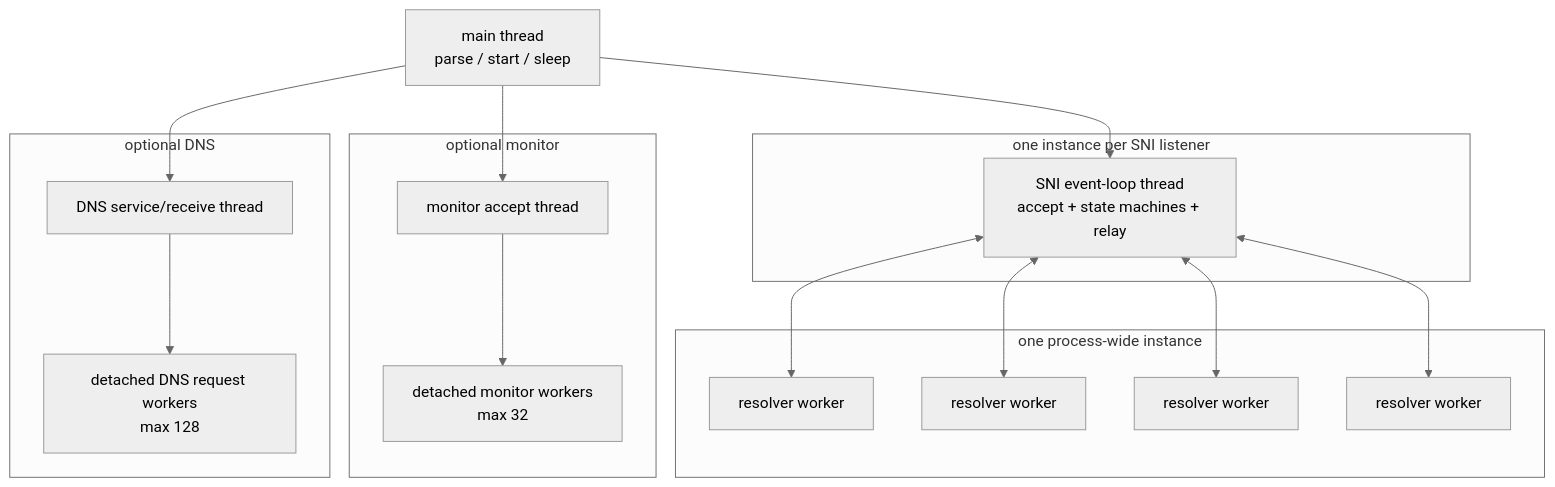
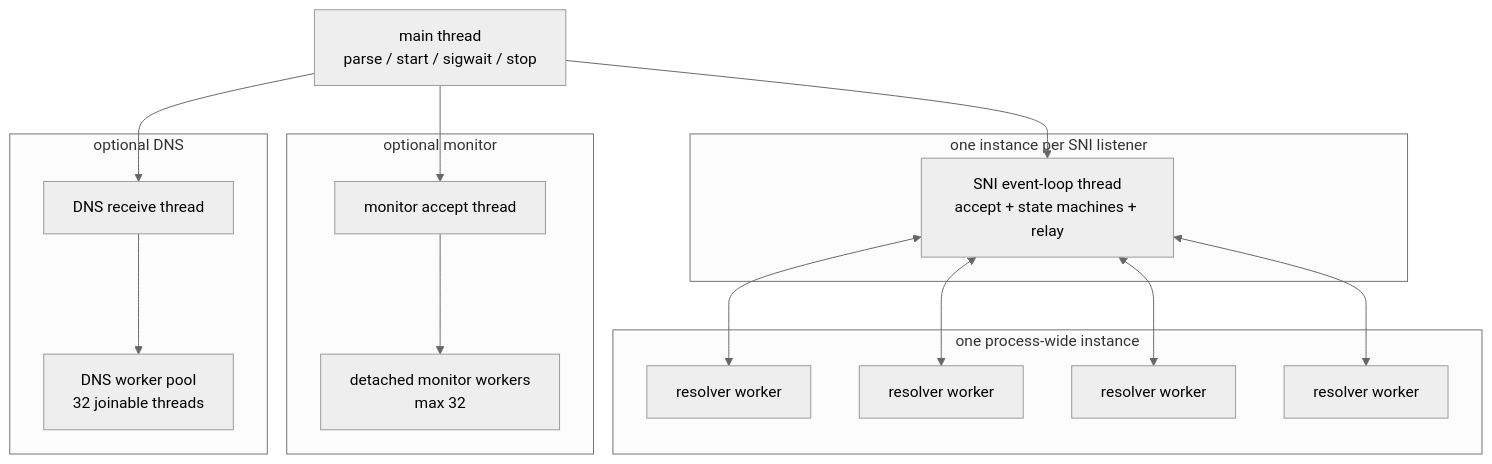
The third of 11 diagrams in ARCHITECTURE.md (0x7a657573/zroxy), drawn with Mermaid (neutral theme) before and after one commit. The commit also changed other lines of this file and 3 other files, not shown here.

````diff
--- a/ARCHITECTURE.md
+++ b/ARCHITECTURE.md
@@ -217,35 +251,35 @@
 ```mermaid
 flowchart TB
-    Main[main thread\nparse / start / sleep]
+    Main[main thread\nparse / start / sigwait / stop]
 
     subgraph PerListener[one instance per SNI listener]
         Loop[SNI event-loop thread\naccept + state machines + relay]
     end
 
     subgraph SharedResolver[one process-wide instance]
         R1[resolver worker]
         R2[resolver worker]
         R3[resolver worker]
         R4[resolver worker]
     end
 
     subgraph MonitorService[optional monitor]
         MA[monitor accept thread]
         MW[detached monitor workers\nmax 32]
     end
 
     subgraph DNSService[optional DNS]
-        DA[DNS service/receive thread]
-        DW[detached DNS request workers\nmax 128]
+        DA[DNS receive thread]
+        DW[DNS worker pool\n32 joinable threads]
     end
 
     Main --> Loop
     Main --> MA
     Main --> DA
     Loop <--> R1
     Loop <--> R2
     Loop <--> R3
     Loop <--> R4
     MA --> MW
     DA --> DW
 ```
````
